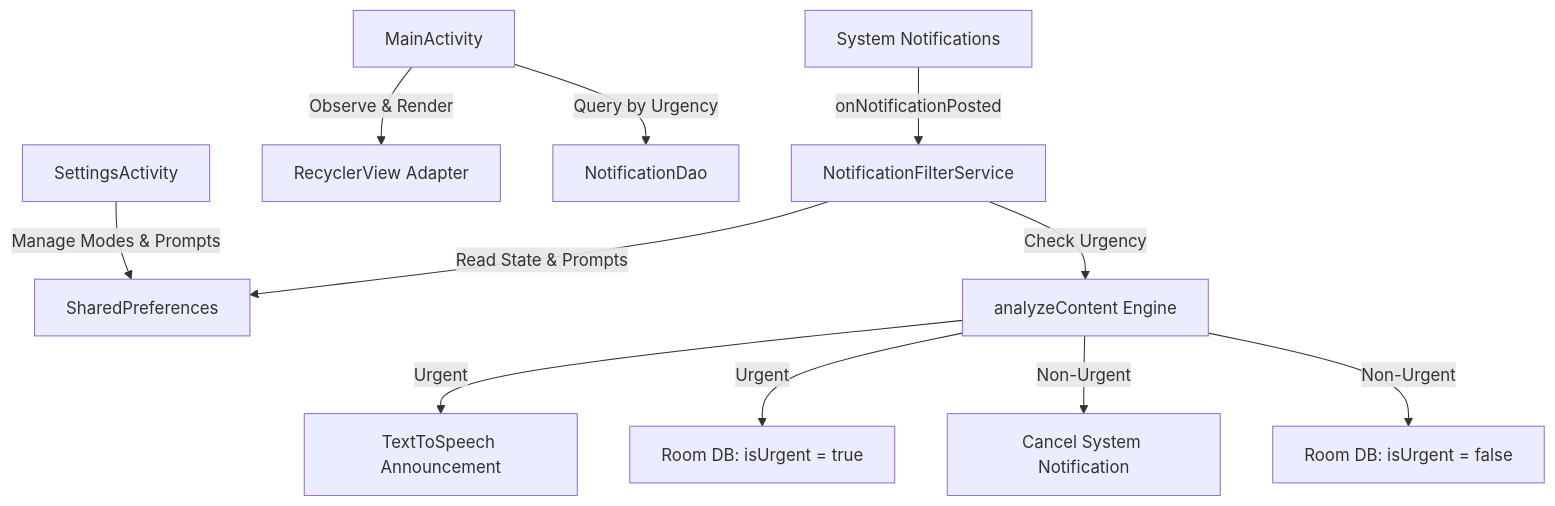
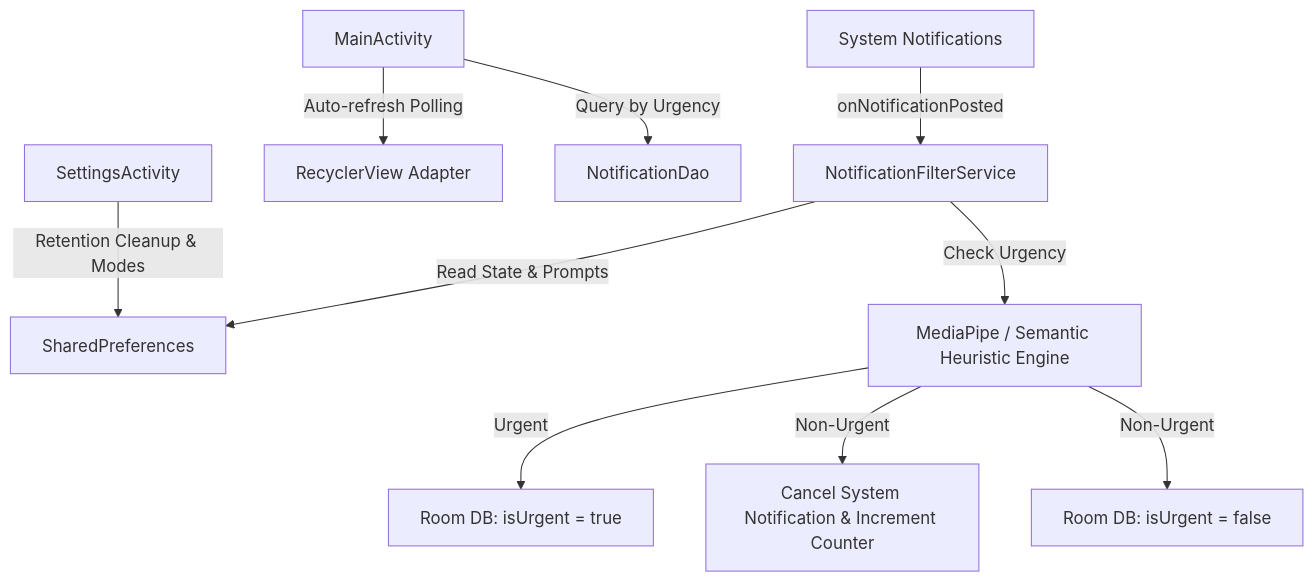
The diagram in docs/internals.md (gnanaswaroop/FocusRefine), drawn with Mermaid before and after one commit. The commit also changed other lines of this file and 11 other files, not shown here.

Commit message:
Refactor to 2 OOTB modes (Commute and DND), auto-save settings, remove background polling to fix card flickering/disappearing notifications, and add theme E2E tests

````diff
--- a/docs/internals.md
+++ b/docs/internals.md
@@ -9,13 +9,12 @@
 ```mermaid
 graph TD
     A[System Notifications] -->|onNotificationPosted| B[NotificationFilterService]
     B -->|Read State & Prompts| C[SharedPreferences]
-    B -->|Check Urgency| D[analyzeContent Engine]
-    D -->|Urgent| E[TextToSpeech Announcement]
-    D -->|Urgent| F[Room DB: isUrgent = true]
-    D -->|Non-Urgent| G[Cancel System Notification]
-    D -->|Non-Urgent| H[Room DB: isUrgent = false]
-    I[MainActivity] -->|Observe & Render| J[RecyclerView Adapter]
-    I -->|Query by Urgency| K[NotificationDao]
-    L[SettingsActivity] -->|Manage Modes & Prompts| C
+    B -->|Check Urgency| D[MediaPipe / Semantic Heuristic Engine]
+    D -->|Urgent| E[Room DB: isUrgent = true]
+    D -->|Non-Urgent| F[Cancel System Notification & Increment Counter]
+    D -->|Non-Urgent| G[Room DB: isUrgent = false]
+    H[MainActivity] -->|Auto-refresh Polling| I[RecyclerView Adapter]
+    H -->|Query by Urgency| J[NotificationDao]
+    K[SettingsActivity] -->|Retention Cleanup & Modes| C
 ```
````
